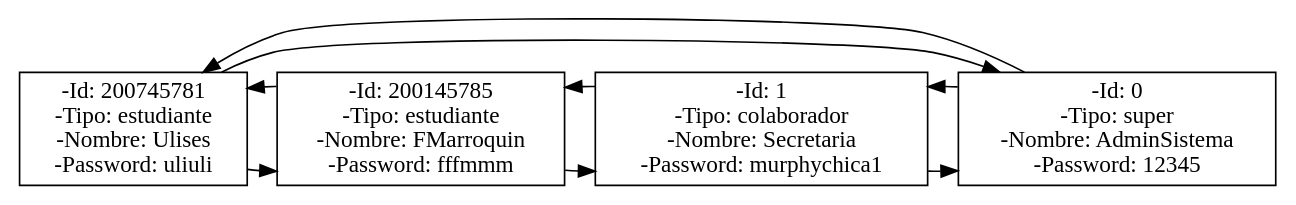
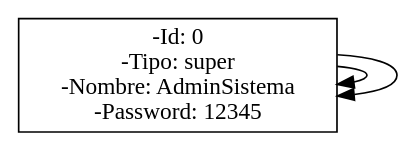
Before and after one commit to cresb-49/PROYECTO_FINAL_EDD: the diagram in Sistema_Asignacion/Usuarios.dot, drawn with Graphviz. The commit also changed 12 other files, not shown here.

```diff
--- a/Sistema_Asignacion/Usuarios.dot
+++ b/Sistema_Asignacion/Usuarios.dot
@@ -1,22 +1,10 @@
 digraph USUARIOS {
 node[shape = box,height=.1];
 
-nodeLC_USERUlises[label = "-Id: 200745781\n-Tipo: estudiante\n-Nombre: Ulises\n-Password: uliuli",group=1];
-nodeLC_USERFMarroquin[label = "-Id: 200145785\n-Tipo: estudiante\n-Nombre: FMarroquin\n-Password: fffmmm",group=1];
-nodeLC_USERSecretaria[label = "-Id: 1\n-Tipo: colaborador\n-Nombre: Secretaria\n-Password: murphychica1",group=1];
 nodeLC_USERAdminSistema[label = "-Id: 0\n-Tipo: super\n-Nombre: AdminSistema\n-Password: 12345",group=1];
 { rank = same;
-nodeLC_USERUlises;
-nodeLC_USERFMarroquin;
-nodeLC_USERSecretaria;
 nodeLC_USERAdminSistema;
 }
-nodeLC_USERUlises -> nodeLC_USERFMarroquin;
-nodeLC_USERUlises -> nodeLC_USERAdminSistema;
-nodeLC_USERFMarroquin -> nodeLC_USERSecretaria;
-nodeLC_USERFMarroquin -> nodeLC_USERUlises;
-nodeLC_USERSecretaria -> nodeLC_USERAdminSistema;
-nodeLC_USERSecretaria -> nodeLC_USERFMarroquin;
-nodeLC_USERAdminSistema -> nodeLC_USERUlises;
-nodeLC_USERAdminSistema -> nodeLC_USERSecretaria;
+nodeLC_USERAdminSistema -> nodeLC_USERAdminSistema;
+nodeLC_USERAdminSistema -> nodeLC_USERAdminSistema;
 }
```
